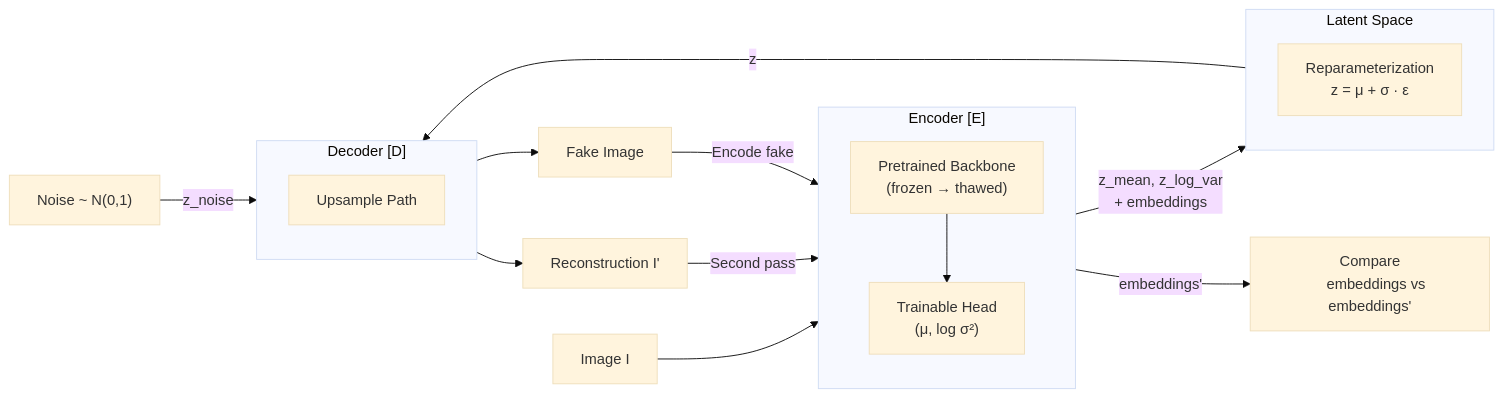
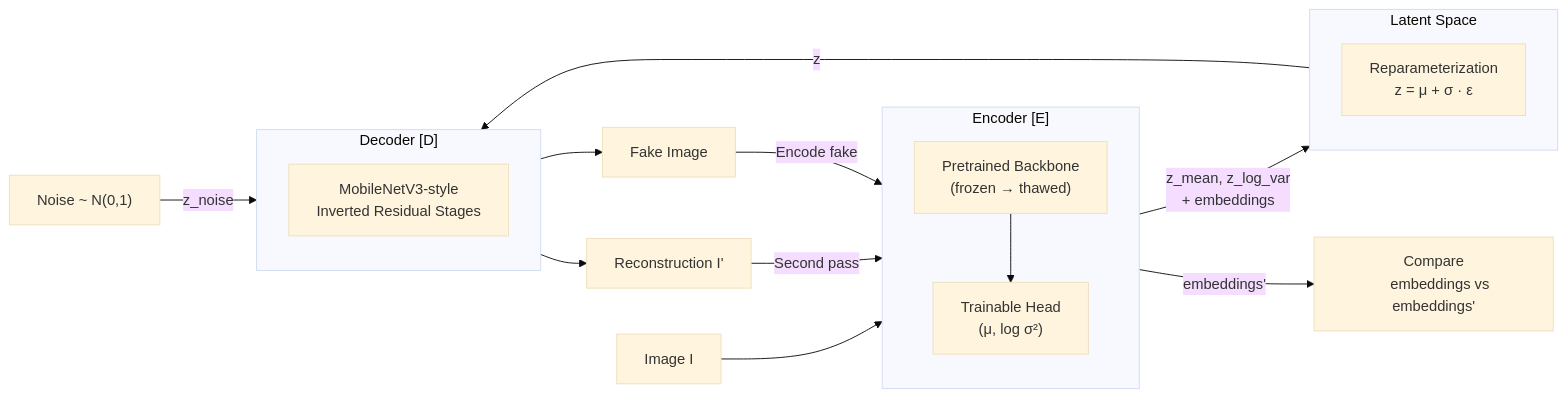
The first of 2 diagrams in packages/agx-core/docs/training-dynamics.md (augustineam/agx), drawn with Mermaid (base theme) before and after one commit. The commit also changed other lines of this file and 8 other files, not shown here.

````diff
--- a/packages/agx-core/docs/training-dynamics.md
+++ b/packages/agx-core/docs/training-dynamics.md
@@ -14,34 +14,35 @@
 ```mermaid
 flowchart LR
     subgraph Encoder ["Encoder [E]"]
         direction TB
         B["Pretrained Backbone
         (frozen → thawed)"]
         H["Trainable Head
         (μ, log σ²)"]
         B --> H
     end
 
     subgraph Latent ["Latent Space"]
         R["Reparameterization
         z = μ + σ · ε"]
     end
 
     subgraph Decoder ["Decoder [D]"]
         direction TB
-        D["Upsample Path"]
+        D["MobileNetV3-style
+        Inverted Residual Stages"]
     end
 
     I["Image I"] --> Encoder
     Encoder -->|"z_mean, z_log_var
     + embeddings"| Latent
     Latent -->|z| Decoder
     Decoder --> I'["Reconstruction I'"]
     I' -->|"Second pass"| Encoder
     Encoder -->|"embeddings'"| CMP["Compare
     embeddings vs embeddings'"]
 
     N["Noise ~ N(0,1)"] -->|"z_noise"| Decoder
     Decoder --> F["Fake Image"]
     F -->|"Encode fake"| Encoder
 ```
````
